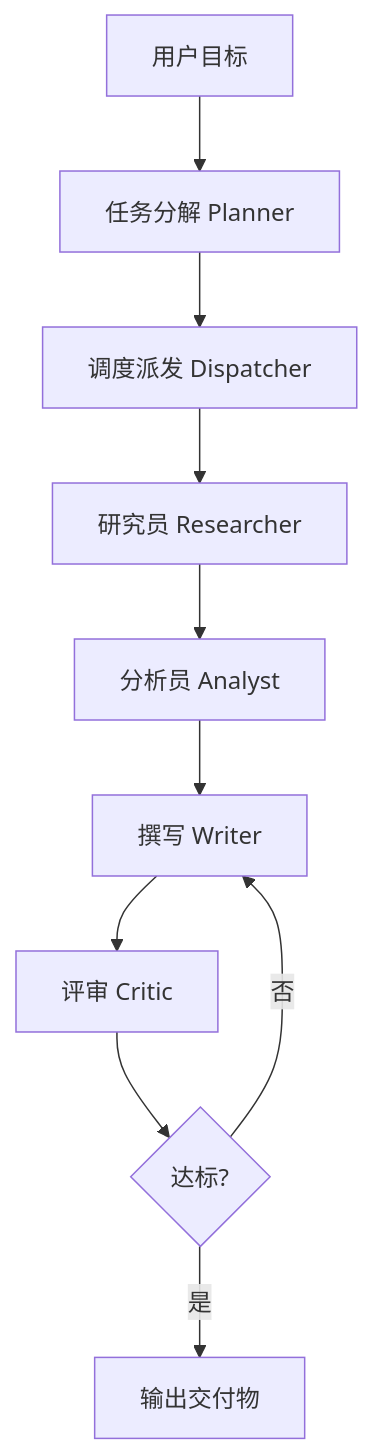
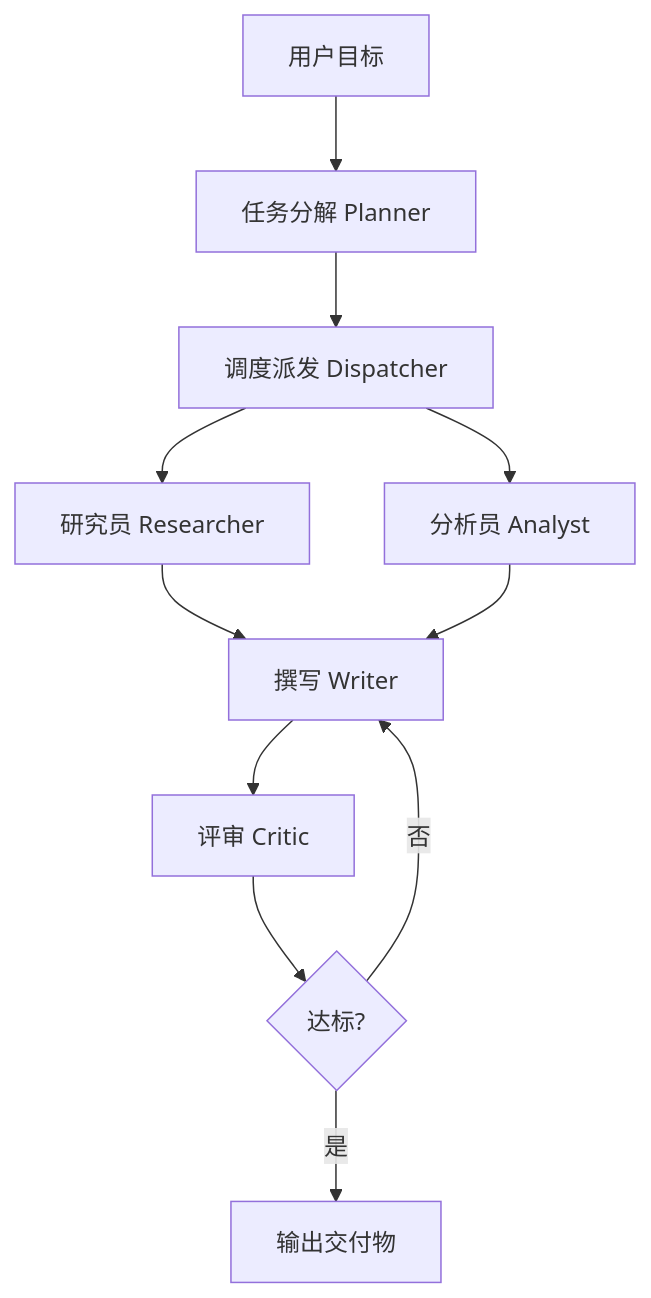
The diagram in README.md (RXQ6/XURY-AGENT), drawn with Mermaid before and after one commit. The commit also changed other lines of this file and 5 other files, not shown here.

````diff
--- a/README.md
+++ b/README.md
@@ -77,12 +78,13 @@
 ```mermaid
 flowchart TD
     A[用户目标] --> B[任务分解 Planner]
     B --> C[调度派发 Dispatcher]
     C --> D[研究员 Researcher]
-    D --> E[分析员 Analyst]
-    E --> F[撰写 Writer]
+    C --> E[分析员 Analyst]
+    D --> F[撰写 Writer]
+    E --> F
     F --> G[评审 Critic]
     G --> H{达标?}
     H -- 是 --> I[输出交付物]
     H -- 否 --> F
 ```
````
